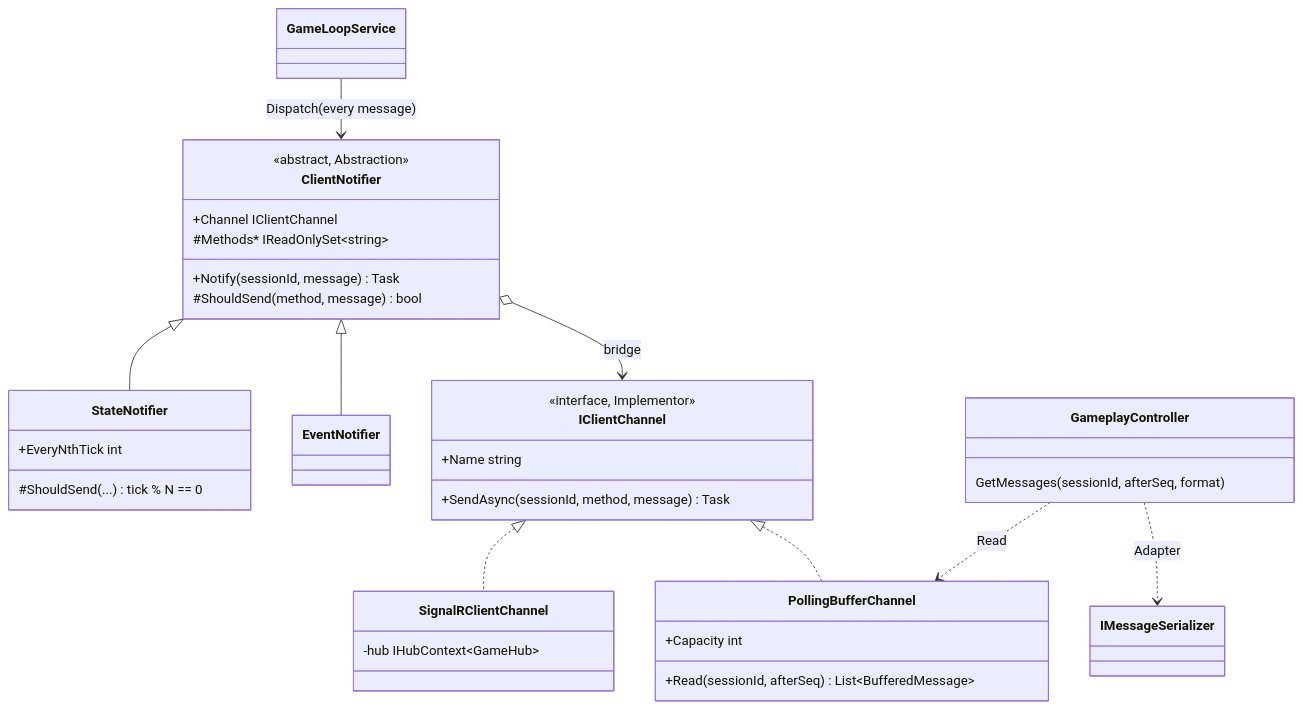
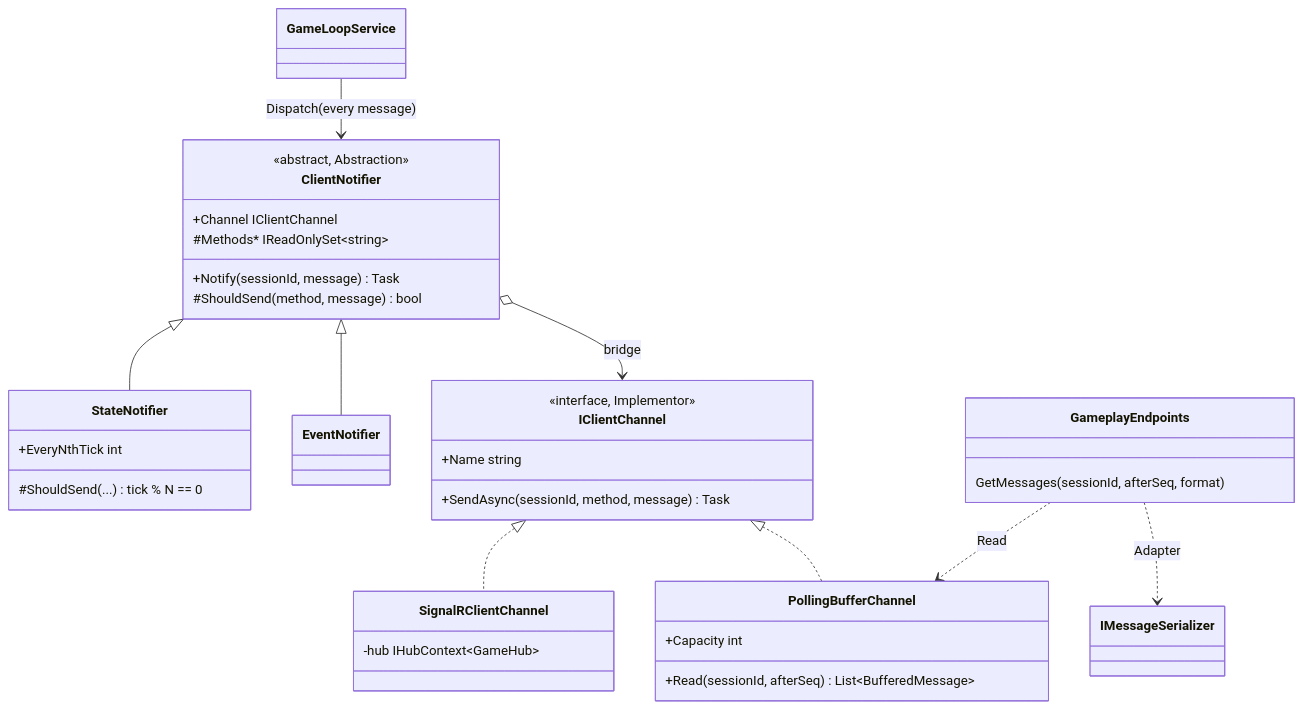
One commit to YoBoyJonas/OPP changed the second of 2 diagrams in docs/patterns/Bridge.md. Above: the diagram before and after it, drawn with Mermaid. The commit also changed other lines of this file and 94 other files, not shown here.

````diff
--- a/docs/patterns/Bridge.md
+++ b/docs/patterns/Bridge.md
@@ -70,39 +69,39 @@
 ```mermaid
 classDiagram
     class ClientNotifier {
         <<abstract, Abstraction>>
         +Channel IClientChannel
         +Notify(sessionId, message) Task
         #Methods* IReadOnlySet~string~
         #ShouldSend(method, message) bool
     }
     class StateNotifier {
         +EveryNthTick int
         #ShouldSend(...) tick % N == 0
     }
     class EventNotifier
     class IClientChannel {
         <<interface, Implementor>>
         +Name string
         +SendAsync(sessionId, method, message) Task
     }
     class SignalRClientChannel {
         -hub IHubContext~GameHub~
     }
     class PollingBufferChannel {
         +Capacity int
         +Read(sessionId, afterSeq) List~BufferedMessage~
     }
     class GameLoopService
-    class GameplayController {
+    class GameplayEndpoints {
         GetMessages(sessionId, afterSeq, format)
     }
     ClientNotifier <|-- StateNotifier
     ClientNotifier <|-- EventNotifier
     ClientNotifier o--> IClientChannel : bridge
     IClientChannel <|.. SignalRClientChannel
     IClientChannel <|.. PollingBufferChannel
     GameLoopService --> ClientNotifier : Dispatch(every message)
-    GameplayController ..> PollingBufferChannel : Read
-    GameplayController ..> IMessageSerializer : Adapter
+    GameplayEndpoints ..> PollingBufferChannel : Read
+    GameplayEndpoints ..> IMessageSerializer : Adapter
 ```
````
